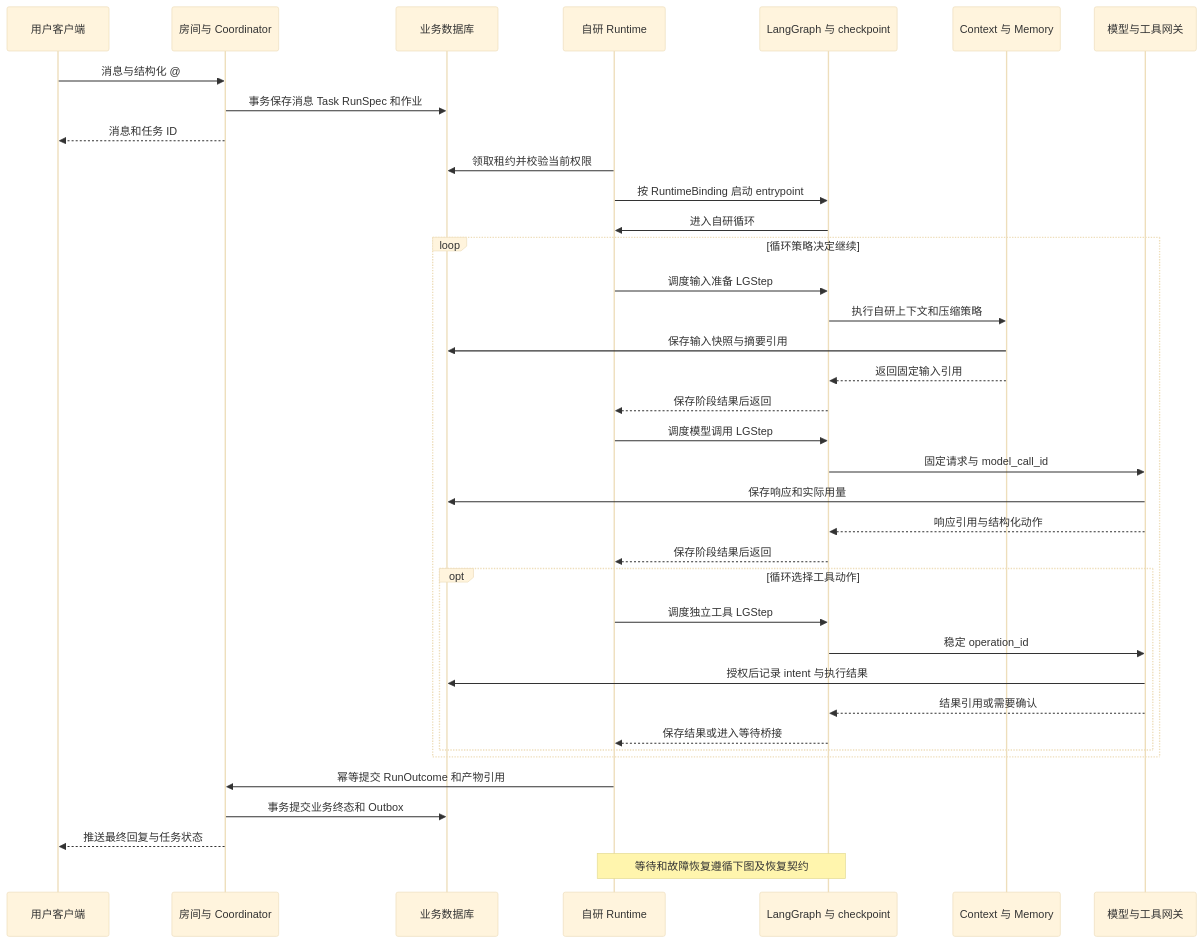
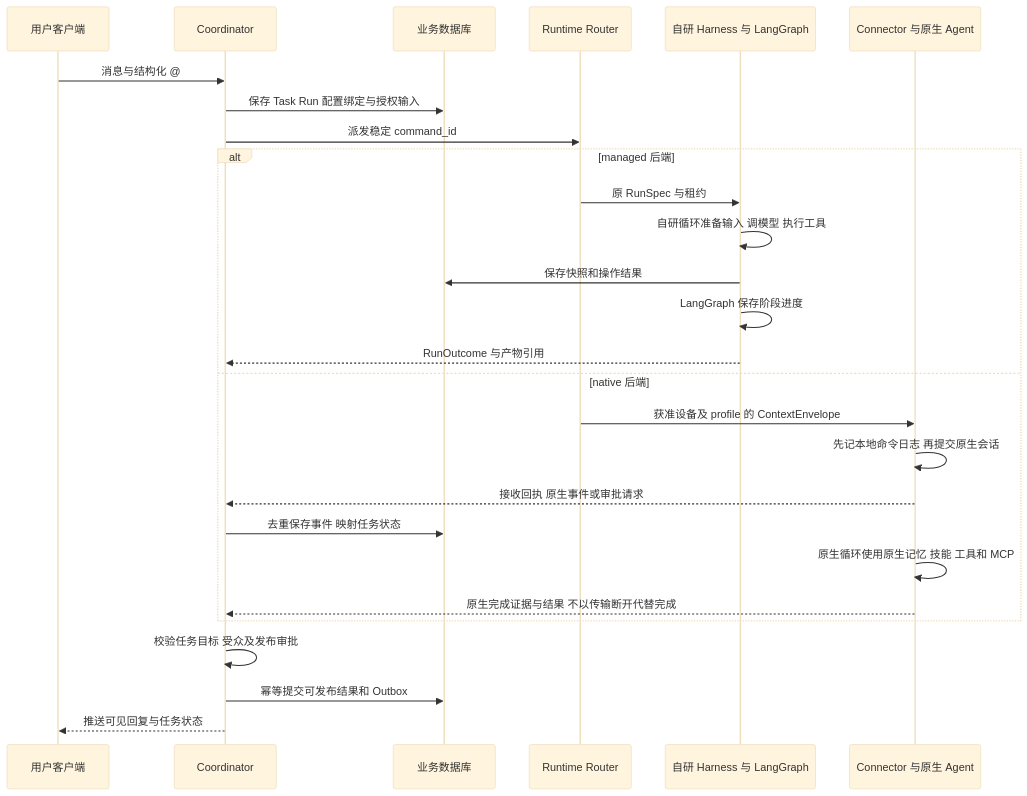
One commit to crocodiles6/CoStage changed the second of 4 diagrams in docs/system-design.md. Above: the diagram before and after it, drawn with Mermaid (base theme). The commit also changed other lines of this file and 3 other files, not shown here.

Commit message:
docs: design native agent integration alongside managed harness

````diff
--- a/docs/system-design.md
+++ b/docs/system-design.md
@@ -282,39 +274,29 @@
 ```mermaid
 sequenceDiagram
     participant U as 用户客户端
-    participant C as 房间与 Coordinator
+    participant C as Coordinator
     participant D as 业务数据库
-    participant R as 自研 Runtime
-    participant L as LangGraph 与 checkpoint
-    participant P as Context 与 Memory
-    participant G as 模型与工具网关
+    participant R as Runtime Router
+    participant M as 自研 Harness 与 LangGraph
+    participant N as Connector 与原生 Agent
     U->>C: 消息与结构化 @
-    C->>D: 事务保存消息 Task RunSpec 和作业
-    C-->>U: 消息和任务 ID
-    R->>D: 领取租约并校验当前权限
-    R->>L: 按 RuntimeBinding 启动 entrypoint
-    L->>R: 进入自研循环
-    loop 循环策略决定继续
-        R->>L: 调度输入准备 LGStep
-        L->>P: 执行自研上下文和压缩策略
-        P->>D: 保存输入快照与摘要引用
-        P-->>L: 返回固定输入引用
-        L-->>R: 保存阶段结果后返回
-        R->>L: 调度模型调用 LGStep
-        L->>G: 固定请求与 model_call_id
-        G->>D: 保存响应和实际用量
-        G-->>L: 响应引用与结构化动作
-        L-->>R: 保存阶段结果后返回
-        opt 循环选择工具动作
-            R->>L: 调度独立工具 LGStep
-            L->>G: 稳定 operation_id
-            G->>D: 授权后记录 intent 与执行结果
-            G-->>L: 结果引用或需要确认
-            L-->>R: 保存结果或进入等待桥接
-        end
+    C->>D: 保存 Task Run 配置绑定与授权输入
+    C->>R: 派发稳定 command_id
+    alt managed 后端
+        R->>M: 原 RunSpec 与租约
+        M->>M: 自研循环准备输入 调模型 执行工具
+        M->>D: 保存快照和操作结果
+        M->>M: LangGraph 保存阶段进度
+        M-->>C: RunOutcome 与产物引用
+    else native 后端
+        R->>N: 获准设备及 profile 的 ContextEnvelope
+        N->>N: 先记本地命令日志 再提交原生会话
+        N-->>C: 接收回执 原生事件或审批请求
+        C->>D: 去重保存事件 映射任务状态
+        N->>N: 原生循环使用原生记忆 技能 工具和 MCP
+        N-->>C: 原生完成证据与结果 不以传输断开代替完成
     end
-    R->>C: 幂等提交 RunOutcome 和产物引用
-    C->>D: 事务提交业务终态和 Outbox
-    C-->>U: 推送最终回复与任务状态
-    Note over R,L: 等待和故障恢复遵循下图及恢复契约
+    C->>C: 校验任务目标 受众及发布审批
+    C->>D: 幂等提交可发布结果和 Outbox
+    C-->>U: 推送可见回复与任务状态
 ```
````
